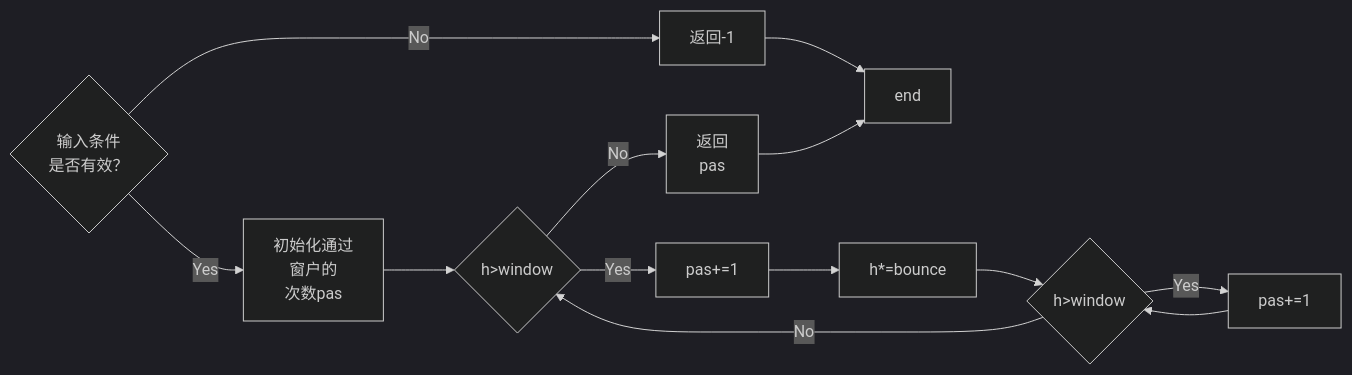
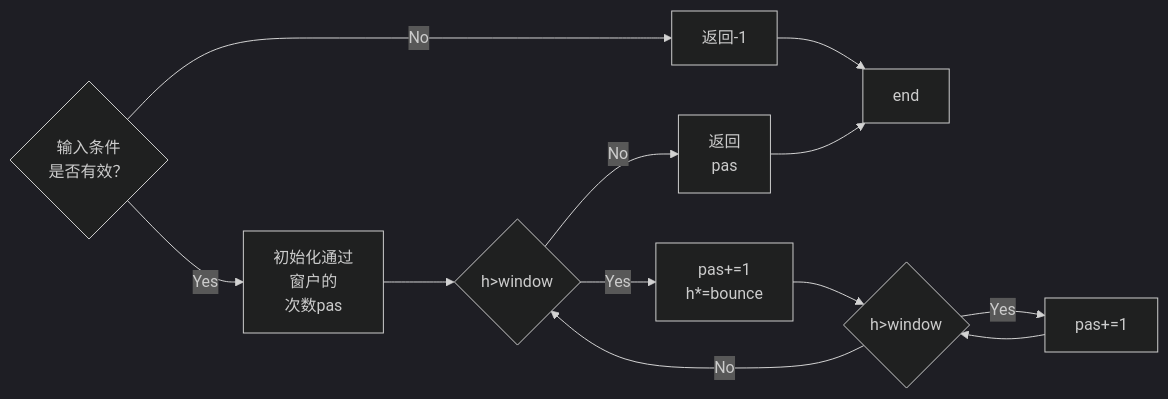
The third of 4 diagrams in Experiments/experiment2.md (shixiaoxiya/py_course_zly_), drawn with Mermaid (dark theme) before and after one commit.

Commit message:
second12

````diff
--- a/Experiments/experiment2.md
+++ b/Experiments/experiment2.md
@@ -422,16 +422,15 @@
 ```mermaid
 flowchart LR
     B{输入条件\n是否有效？} -->|No| C[返回-1]
     C --> K[end]
     B -->|Yes| D[初始化通过\n窗户的\n次数pas]
     D --> E{h>window}
-    E -->|Yes| F[pas+=1]
-    F --> G[h*=bounce]
-    G --> H{h>window}
+    E -->|Yes| F[pas+=1\nh*=bounce]
+    F --> H{h>window}
     H -->|Yes| I[pas+=1]
     I --> H{h>window}
     H -->|No| E{h>window}
     E -->|No| J[返回\npas]
     J --> K[end]
 
 ```
````
